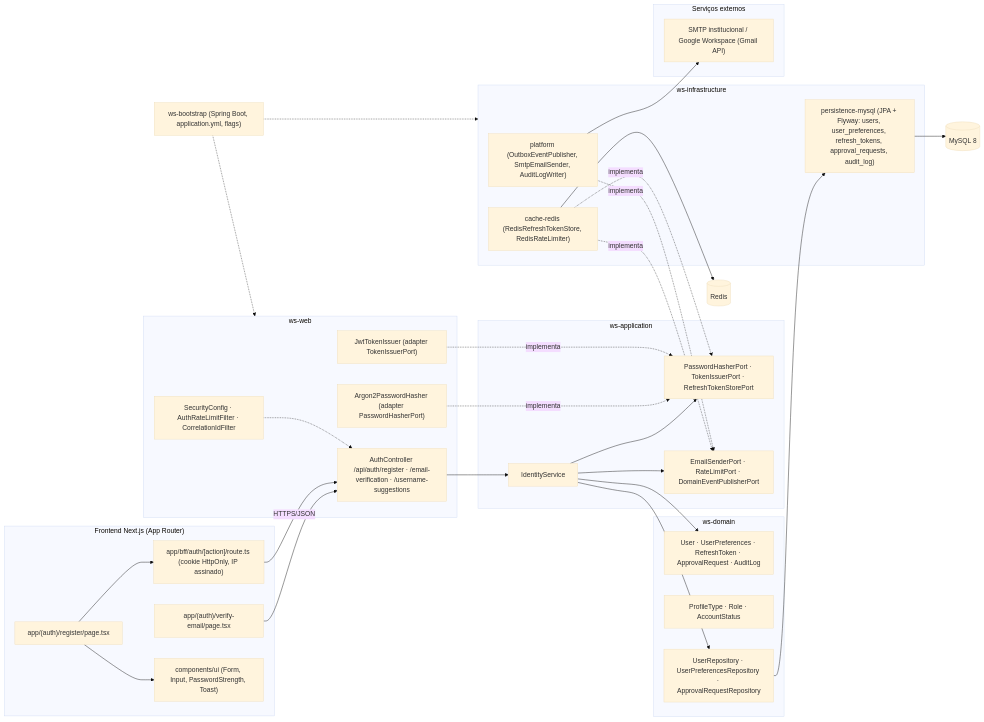
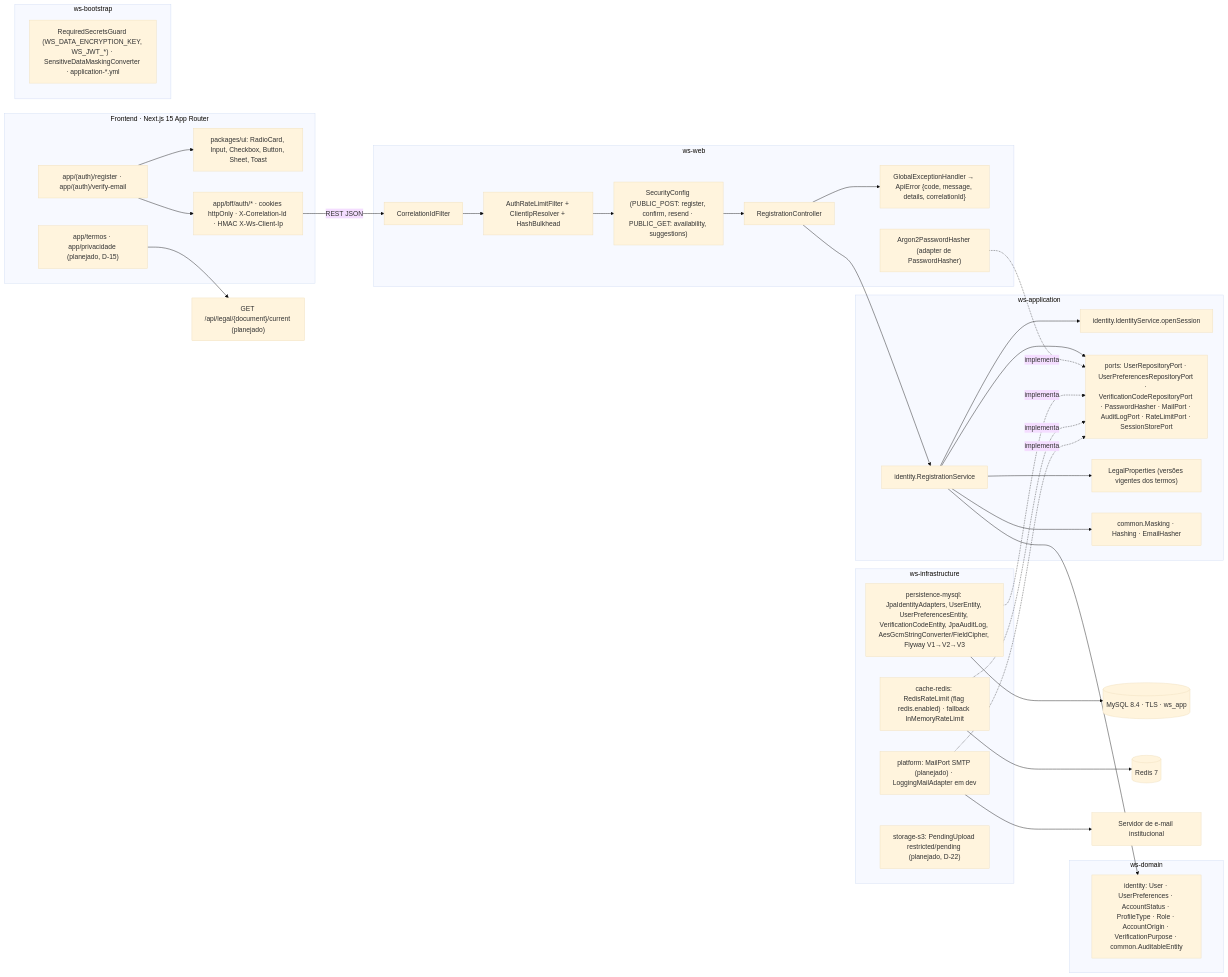
Before and after one commit to MatheusHaliski/Decia-app-2026: the fifth of 6 diagrams in docs/diagramas/RF1/README.md, drawn with Mermaid (base theme). The commit also changed other lines of this file and 5 other files, not shown here.

First line of the commit message:
docs(diagramas): reescreve RF1–RF5 (5 diagramas Mermaid + rastreabilidade) e cria _tools/checar.py

````diff
--- a/docs/diagramas/RF1/README.md
+++ b/docs/diagramas/RF1/README.md
@@ -368,63 +460,54 @@
 ```mermaid
 flowchart LR
-  subgraph FE["Frontend Next.js (App Router)"]
-    FE1["app/(auth)/register/page.tsx"]
-    FE2["app/(auth)/verify-email/page.tsx"]
-    FE3["app/bff/auth/[action]/route.ts (cookie HttpOnly, IP assinado)"]
-    FE4["components/ui (Form, Input, PasswordStrength, Toast)"]
+  subgraph FE["Frontend · Next.js 15 App Router"]
+    PG["app/(auth)/register · app/(auth)/verify-email"]
+    UI["packages/ui: RadioCard, Input, Checkbox, Button, Sheet, Toast"]
+    LEG["app/termos · app/privacidade (planejado, D-15)"]
+    BFF["app/bff/auth/* · cookies httpOnly · X-Correlation-Id · HMAC X-Ws-Client-Ip"]
+    PG --> UI
+    PG --> BFF
+  end
+  subgraph WSWEB["ws-web"]
+    CIF["CorrelationIdFilter"]
+    ARL["AuthRateLimitFilter + ClientIpResolver + HashBulkhead"]
+    SEC["SecurityConfig (PUBLIC_POST: register, confirm, resend · PUBLIC_GET: availability, suggestions)"]
+    RC["RegistrationController"]
+    GEH["GlobalExceptionHandler → ApiError {code, message, details, correlationId}"]
+    A2["Argon2PasswordHasher (adapter de PasswordHasher)"]
+  end
+  subgraph WSAPP["ws-application"]
+    RS["identity.RegistrationService"]
+    IS["identity.IdentityService.openSession"]
+    PORTS["ports: UserRepositoryPort · UserPreferencesRepositoryPort · VerificationCodeRepositoryPort · PasswordHasher · MailPort · AuditLogPort · RateLimitPort · SessionStorePort"]
+    LP["LegalProperties (versões vigentes dos termos)"]
+    MK["common.Masking · Hashing · EmailHasher"]
+    RS --> PORTS
+    RS --> LP
+    RS --> IS
+    RS --> MK
+  end
+  subgraph WSDOM["ws-domain"]
+    DOM["identity: User · UserPreferences · AccountStatus · ProfileType · Role · AccountOrigin · VerificationPurpose · common.AuditableEntity"]
+  end
+  subgraph INFRA["ws-infrastructure"]
+    MY["persistence-mysql: JpaIdentityAdapters, UserEntity, UserPreferencesEntity, VerificationCodeEntity, JpaAuditLog, AesGcmStringConverter/FieldCipher, Flyway V1→V2→V3"]
+    RDS["cache-redis: RedisRateLimit (flag redis.enabled) · fallback InMemoryRateLimit"]
+    PLT["platform: MailPort SMTP (planejado) · LoggingMailAdapter em dev"]
+    S3["storage-s3: PendingUpload restricted/pending (planejado, D-22)"]
+  end
+  subgraph BOOT["ws-bootstrap"]
+    B1["RequiredSecretsGuard (WS_DATA_ENCRYPTION_KEY, WS_JWT_*) · SensitiveDataMaskingConverter · application-*.yml"]
   end
 
-  subgraph WEB["ws-web"]
-    W1["AuthController /api/auth/register · /email-verification · /username-suggestions"]
-    W2["SecurityConfig · AuthRateLimitFilter · CorrelationIdFilter"]
-    W3["Argon2PasswordHasher (adapter PasswordHasherPort)"]
-    W4["JwtTokenIssuer (adapter TokenIssuerPort)"]
-  end
-
-  subgraph APP["ws-application"]
-    S1["IdentityService"]
-    P1["PasswordHasherPort · TokenIssuerPort · RefreshTokenStorePort"]
-    P2["EmailSenderPort · RateLimitPort · DomainEventPublisherPort"]
-  end
-
-  subgraph DOM["ws-domain"]
-    D1["User · UserPreferences · RefreshToken · ApprovalRequest · AuditLog"]
-    D2["ProfileType · Role · AccountStatus"]
-    D3["UserRepository · UserPreferencesRepository · ApprovalRequestRepository"]
-  end
-
-  subgraph INFRA["ws-infrastructure"]
-    I1["persistence-mysql (JPA + Flyway: users, user_preferences, refresh_tokens, approval_requests, audit_log)"]
-    I2["cache-redis (RedisRefreshTokenStore, RedisRateLimiter)"]
-    I3["platform (OutboxEventPublisher, SmtpEmailSender, AuditLogWriter)"]
-  end
-
-  subgraph EXT["Serviços externos"]
-    X1["SMTP institucional / Google Workspace (Gmail API)"]
-  end
-
-  MY[("MySQL 8")]
-  RD[("Redis")]
-
-  FE1 --> FE3
-  FE2 --> W1
-  FE1 --> FE4
-  FE3 -->|HTTPS/JSON| W1
-  W1 --> S1
-  W2 -.-> W1
-  S1 --> P1
-  S1 --> P2
-  S1 --> D1
-  S1 --> D3
-  W3 -.->|implementa| P1
-  W4 -.->|implementa| P1
-  I2 -.->|implementa| P1
-  I2 -.->|implementa| P2
-  I3 -.->|implementa| P2
-  D3 --> I1
-  I1 --> MY
-  I2 --> RD
-  I3 --> X1
-  BOOT["ws-bootstrap (Spring Boot, application.yml, flags)"] -.-> WEB
-  BOOT -.-> INFRA
+  BFF -->|"REST JSON"| CIF --> ARL --> SEC --> RC --> RS
+  RC --> GEH
+  A2 -.implementa.-> PORTS
+  MY -.implementa.-> PORTS
+  RDS -.implementa.-> PORTS
+  PLT -.implementa.-> PORTS
+  RS --> DOM
+  MY --> DB[("MySQL 8.4 · TLS · ws_app")]
+  RDS --> RD[("Redis 7")]
+  PLT --> SMTP["Servidor de e-mail institucional"]
+  LEG --> API_LEGAL["GET /api/legal/{document}/current (planejado)"]
 ```
````
